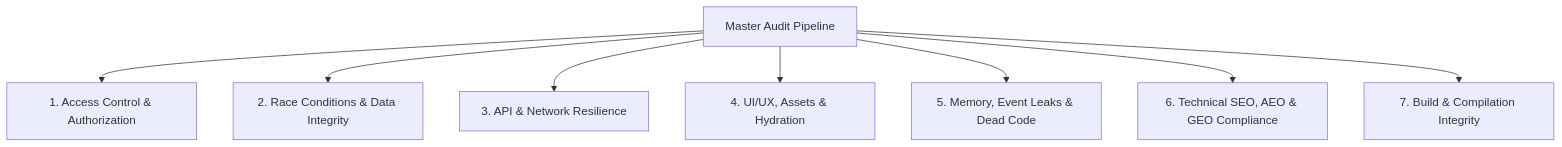
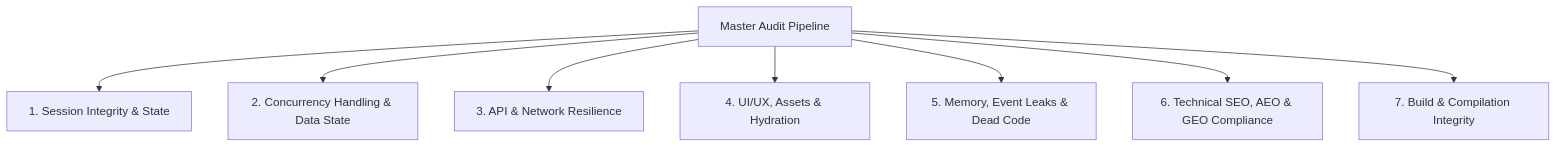
The diagram in SKILL.md (Kryptopacy/pacy-codebase-auditor), drawn with Mermaid before and after one commit. The commit also changed other lines of this file, not shown here.

````diff
--- a/SKILL.md
+++ b/SKILL.md
@@ -72,10 +72,10 @@
 ```mermaid
 graph TD
-    A[Master Audit Pipeline] --> B[1. Access Control & Authorization]
-    A --> C[2. Race Conditions & Data Integrity]
+    A[Master Audit Pipeline] --> B[1. Session Integrity & State]
+    A --> C[2. Concurrency Handling & Data State]
     A --> D[3. API & Network Resilience]
     A --> E[4. UI/UX, Assets & Hydration]
     A --> F[5. Memory, Event Leaks & Dead Code]
     A --> G[6. Technical SEO, AEO & GEO Compliance]
     A --> H[7. Build & Compilation Integrity]
 ```
````
